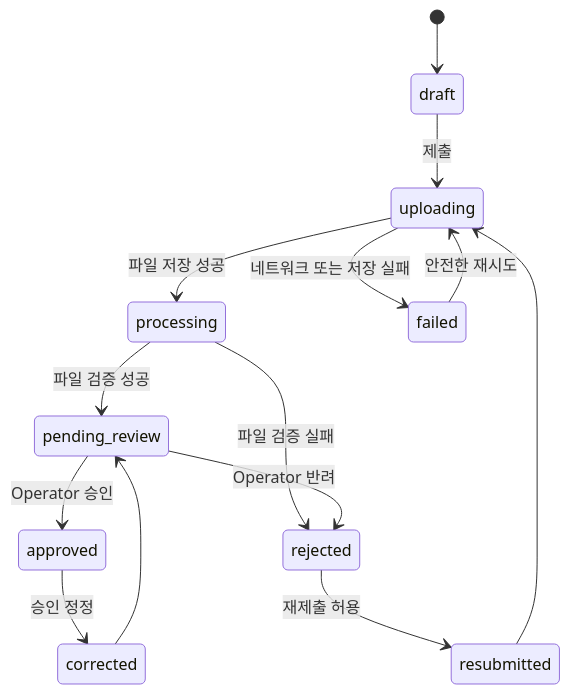
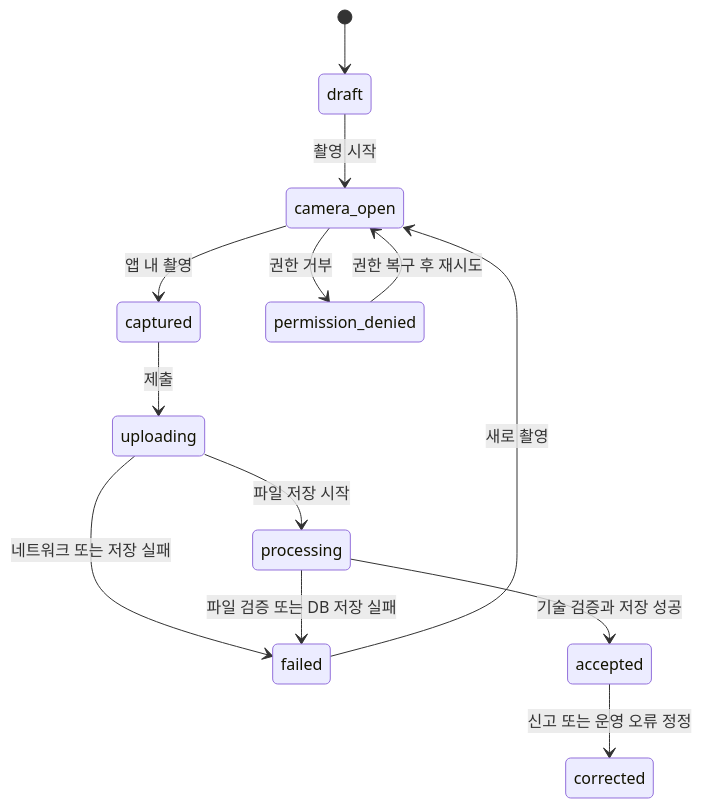
One commit to ths4114-cloud/PROOVIT changed the second of 2 diagrams in docs/product/USER_FLOWS.md. Above: the diagram before and after it, drawn with Mermaid. The commit also changed other lines of this file and 8 other files, not shown here.

````diff
--- a/docs/product/USER_FLOWS.md
+++ b/docs/product/USER_FLOWS.md
@@ -134,16 +137,15 @@
 ```mermaid
 stateDiagram-v2
     [*] --> draft
-    draft --> uploading: 제출
-    uploading --> processing: 파일 저장 성공
+    draft --> camera_open: 촬영 시작
+    camera_open --> captured: 앱 내 촬영
+    camera_open --> permission_denied: 권한 거부
+    permission_denied --> camera_open: 권한 복구 후 재시도
+    captured --> uploading: 제출
+    uploading --> processing: 파일 저장 시작
     uploading --> failed: 네트워크 또는 저장 실패
-    failed --> uploading: 안전한 재시도
-    processing --> pending_review: 파일 검증 성공
-    processing --> rejected: 파일 검증 실패
-    pending_review --> approved: Operator 승인
-    pending_review --> rejected: Operator 반려
-    rejected --> resubmitted: 재제출 허용
-    resubmitted --> uploading
-    approved --> corrected: 승인 정정
-    corrected --> pending_review
+    processing --> accepted: 기술 검증과 저장 성공
+    processing --> failed: 파일 검증 또는 DB 저장 실패
+    failed --> camera_open: 새로 촬영
+    accepted --> corrected: 신고 또는 운영 오류 정정
 ```
````
